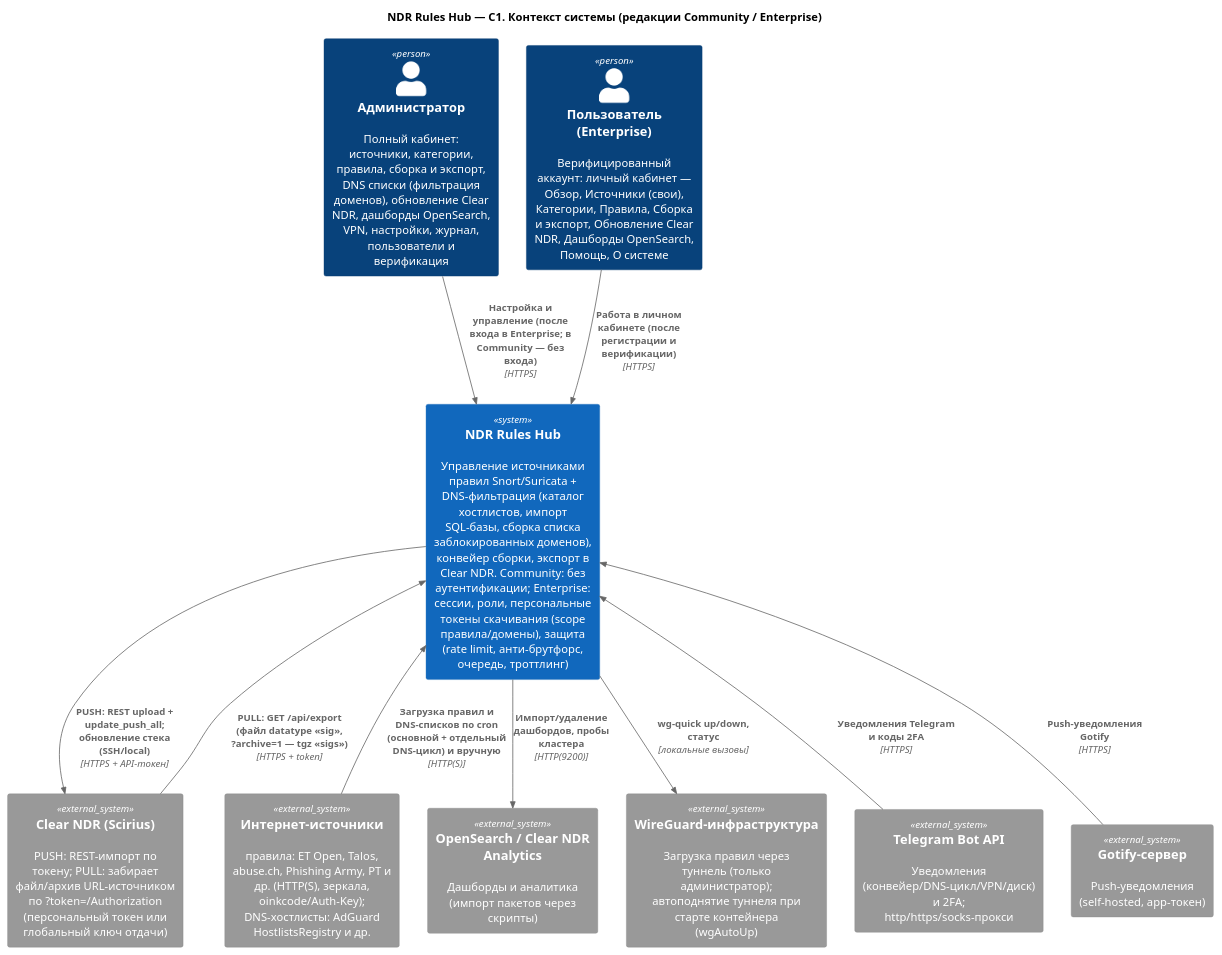
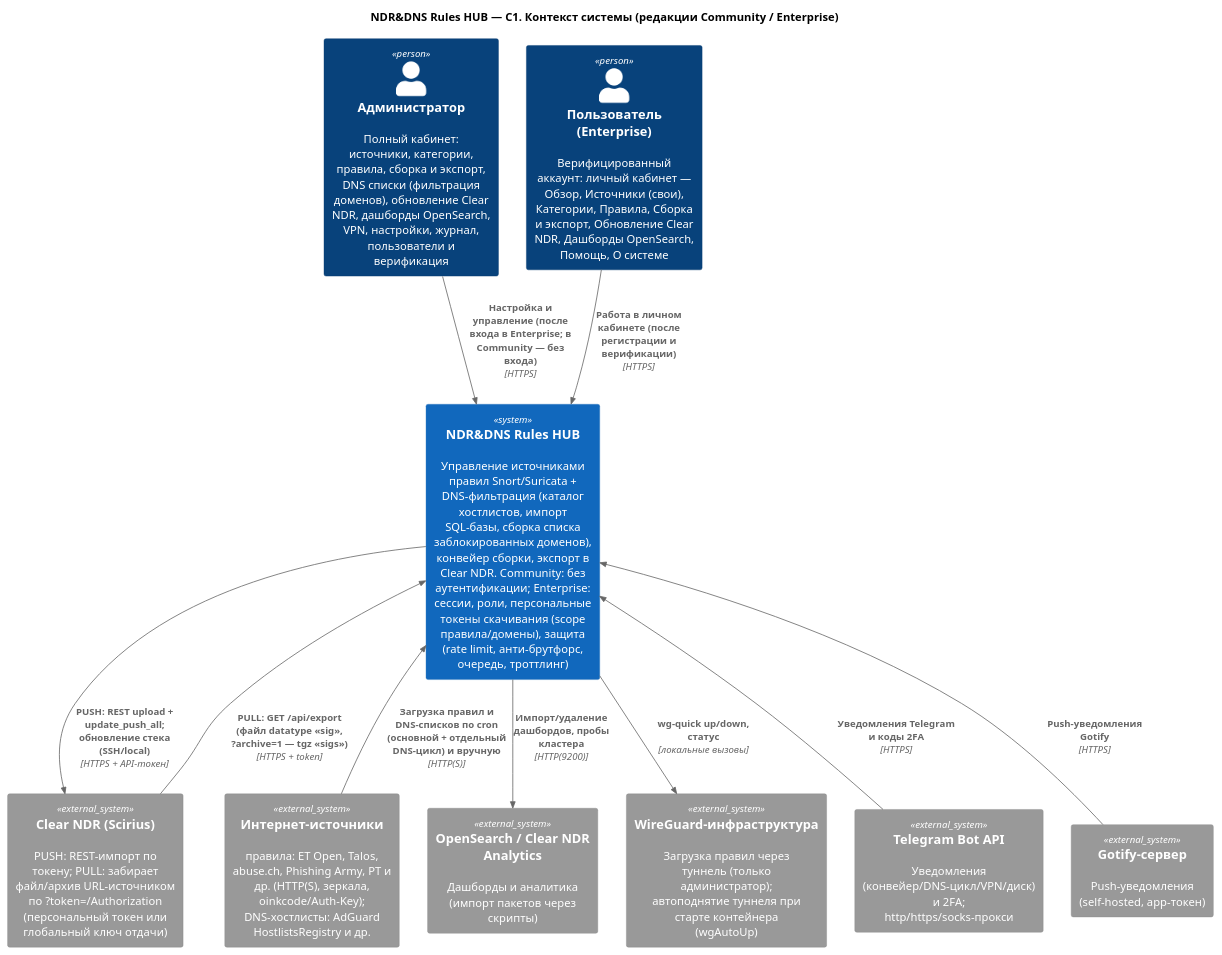
The diagram in docs/diagrams/c1-context.puml (NoIDXMV6/ndr-rules-hub), drawn with PlantUML before and after one commit. The commit also changed other lines of this file and 64 other files, not shown here.

```diff
--- a/docs/diagrams/c1-context.puml
+++ b/docs/diagrams/c1-context.puml
@@ -7,25 +7,25 @@
 @startuml c1-context
 !include <C4/C4_Context>
-title NDR Rules Hub — C1. Контекст системы (редакции Community / Enterprise)
+title NDR&DNS Rules HUB — C1. Контекст системы (редакции Community / Enterprise)
 
 Person(admin, "Администратор", "Полный кабинет: источники, категории, правила, сборка и экспорт, DNS списки (фильтрация доменов), обновление Clear NDR, дашборды OpenSearch, VPN, настройки, журнал, пользователи и верификация")
 Person(user, "Пользователь (Enterprise)", "Верифицированный аккаунт: личный кабинет — Обзор, Источники (свои), Категории, Правила, Сборка и экспорт, Обновление Clear NDR, Дашборды OpenSearch, Помощь, О системе")
-System(hub, "NDR Rules Hub", "Управление источниками правил Snort/Suricata + DNS-фильтрация (каталог хостлистов, импорт SQL-базы, сборка списка заблокированных доменов), конвейер сборки, экспорт в Clear NDR. Community: без аутентификации; Enterprise: сессии, роли, персональные токены скачивания (scope правила/домены), защита (rate limit, анти-брутфорс, очередь, троттлинг)")
+System(hub, "NDR&DNS Rules HUB", "Управление источниками правил Snort/Suricata + DNS-фильтрация (каталог хостлистов, импорт SQL-базы, сборка списка заблокированных доменов), конвейер сборки, экспорт в Clear NDR. Community: без аутентификации; Enterprise: сессии, роли, персональные токены скачивания (scope правила/домены), защита (rate limit, анти-брутфорс, очередь, троттлинг)")
 
 System_Ext(clearndr, "Clear NDR (Scirius)", "PUSH: REST-импорт по токену; PULL: забирает файл/архив URL-источником по ?token=/Authorization (персональный токен или глобальный ключ отдачи)")
 System_Ext(feeds, "Интернет-источники", "правила: ET Open, Talos, abuse.ch, Phishing Army, PT и др. (HTTP(S), зеркала, oinkcode/Auth-Key); DNS-хостлисты: AdGuard HostlistsRegistry и др.")
 System_Ext(osd, "OpenSearch / Clear NDR Analytics", "Дашборды и аналитика (импорт пакетов через скрипты)")
 System_Ext(wg, "WireGuard-инфраструктура", "Загрузка правил через туннель (только администратор); автоподнятие туннеля при старте контейнера (wgAutoUp)")
 System_Ext(telegram, "Telegram Bot API", "Уведомления (конвейер/DNS-цикл/VPN/диск) и 2FA; http/https/socks-прокси")
 System_Ext(gotify, "Gotify-сервер", "Push-уведомления (self-hosted, app-токен)")
 
 Rel(admin, hub, "Настройка и управление (после входа в Enterprise; в Community — без входа)", "HTTPS")
 Rel(user, hub, "Работа в личном кабинете (после регистрации и верификации)", "HTTPS")
 Rel_Back(hub, feeds, "Загрузка правил и DNS-списков по cron (основной + отдельный DNS-цикл) и вручную", "HTTP(S)")
 Rel(clearndr, hub, "PULL: GET /api/export (файл datatype «sig», ?archive=1 — tgz «sigs»)", "HTTPS + token")
 Rel(hub, clearndr, "PUSH: REST upload + update_push_all; обновление стека (SSH/local)", "HTTPS + API-токен")
 Rel(hub, osd, "Импорт/удаление дашбордов, пробы кластера", "HTTP(9200)")
 Rel(hub, wg, "wg-quick up/down, статус", "локальные вызовы")
 Rel_Back(hub, telegram, "Уведомления Telegram и коды 2FA", "HTTPS")
 Rel_Back(hub, gotify, "Push-уведомления Gotify", "HTTPS")
 @enduml
```
